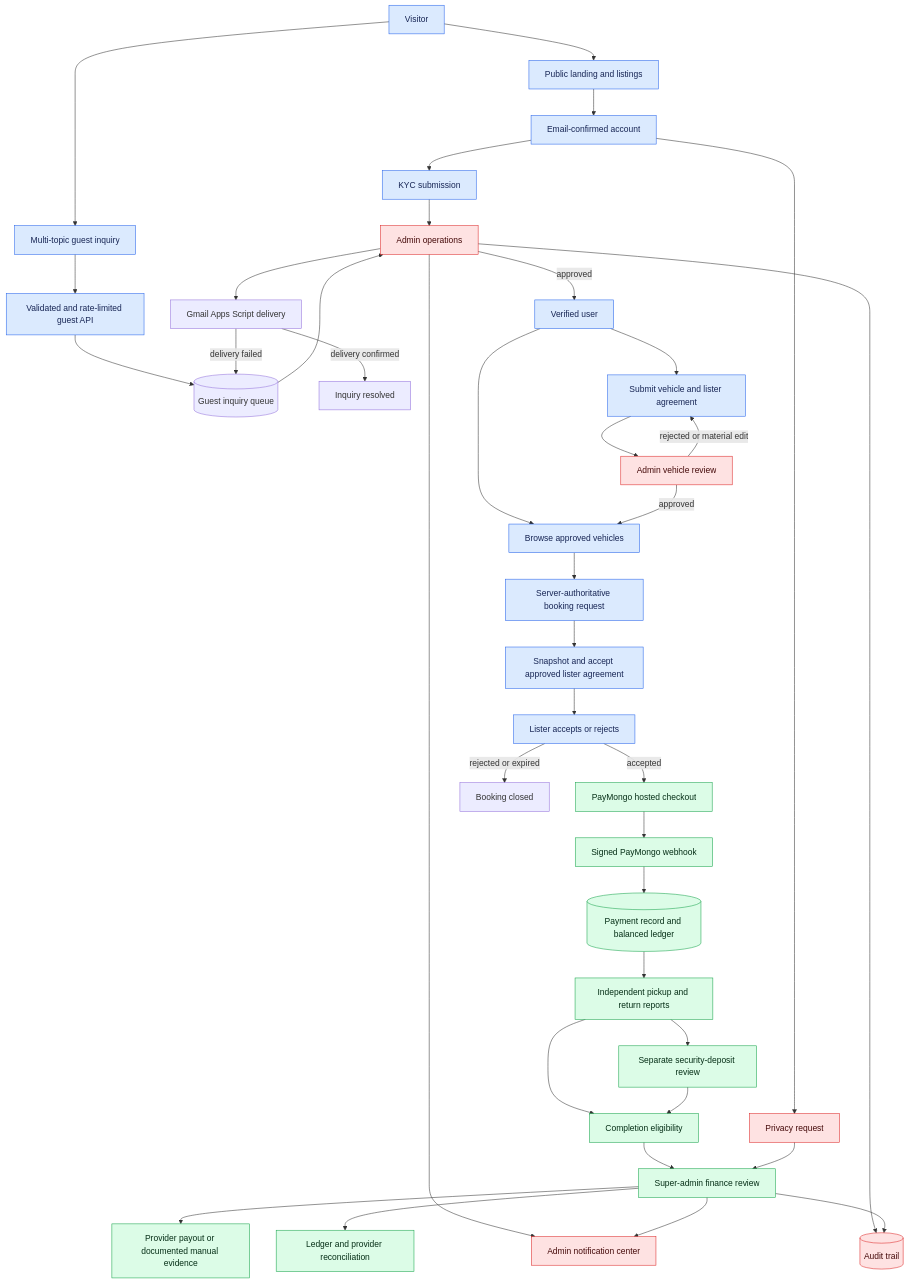
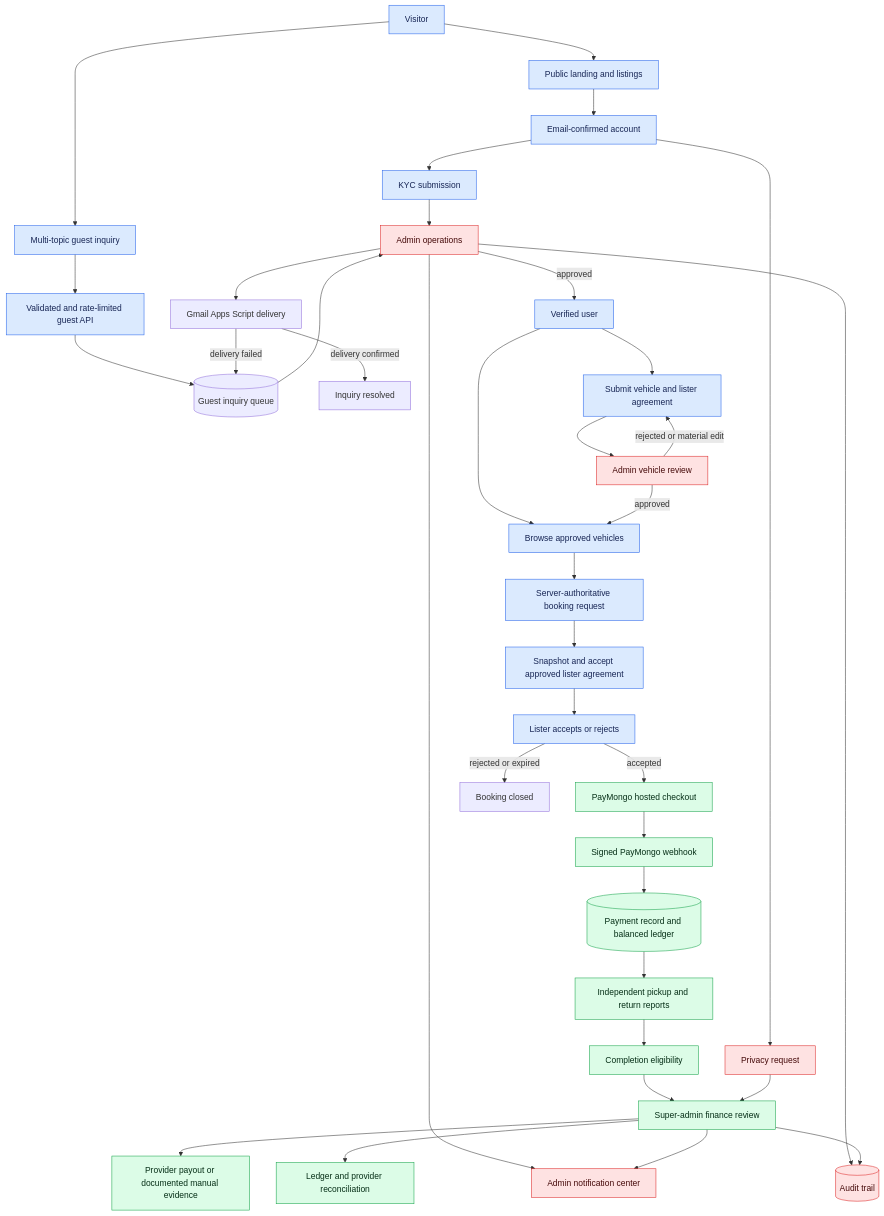
Before and after one commit to AzuAizawa/safedrive: the diagram in docs/system-process-flow.mermaid, drawn with Mermaid. The commit also changed 50 other files, not shown here.

```diff
--- a/docs/system-process-flow.mermaid
+++ b/docs/system-process-flow.mermaid
@@ -1,50 +1,48 @@
 flowchart TD
     Visitor[Visitor] --> Landing[Public landing and listings]
     Visitor --> Inquiry[Multi-topic guest inquiry]
     Inquiry --> GuestAPI[Validated and rate-limited guest API]
     GuestAPI --> GuestQueue[(Guest inquiry queue)]
     GuestQueue --> AdminOps[Admin operations]
     AdminOps --> Gmail[Gmail Apps Script delivery]
     Gmail -->|delivery confirmed| Resolved[Inquiry resolved]
     Gmail -->|delivery failed| GuestQueue
 
     Landing --> Account[Email-confirmed account]
     Account --> KYC[KYC submission]
     KYC --> AdminOps
     AdminOps -->|approved| Verified[Verified user]
 
     Verified --> Browse[Browse approved vehicles]
     Verified --> Listing[Submit vehicle and lister agreement]
     Listing --> VehicleReview[Admin vehicle review]
     VehicleReview -->|approved| Browse
     VehicleReview -->|rejected or material edit| Listing
 
     Browse --> Booking[Server-authoritative booking request]
     Booking --> Agreement[Snapshot and accept approved lister agreement]
     Agreement --> OwnerDecision[Lister accepts or rejects]
     OwnerDecision -->|accepted| Checkout[PayMongo hosted checkout]
     OwnerDecision -->|rejected or expired| Closed[Booking closed]
     Checkout --> Webhook[Signed PayMongo webhook]
     Webhook --> Payment[(Payment record and balanced ledger)]
     Payment --> Trip[Independent pickup and return reports]
-    Trip --> Deposit[Separate security-deposit review]
     Trip --> Completion[Completion eligibility]
-    Deposit --> Completion
     Completion --> SuperAdmin[Super-admin finance review]
     SuperAdmin --> Payout[Provider payout or documented manual evidence]
     SuperAdmin --> Reconcile[Ledger and provider reconciliation]
 
     Account --> Privacy[Privacy request]
     Privacy --> SuperAdmin
 
     AdminOps --> Notifications[Admin notification center]
     SuperAdmin --> Notifications
     AdminOps --> Audit[(Audit trail)]
     SuperAdmin --> Audit
 
     classDef public fill:#dbeafe,stroke:#2563eb,color:#172554
     classDef admin fill:#fee2e2,stroke:#dc2626,color:#450a0a
     classDef finance fill:#dcfce7,stroke:#16a34a,color:#052e16
     class Visitor,Landing,Inquiry,GuestAPI,Account,KYC,Verified,Browse,Listing,Booking,Agreement,OwnerDecision public
     class AdminOps,VehicleReview,Notifications,Audit,Privacy admin
-    class Checkout,Webhook,Payment,Trip,Deposit,Completion,SuperAdmin,Payout,Reconcile finance
+    class Checkout,Webhook,Payment,Trip,Completion,SuperAdmin,Payout,Reconcile finance
```
